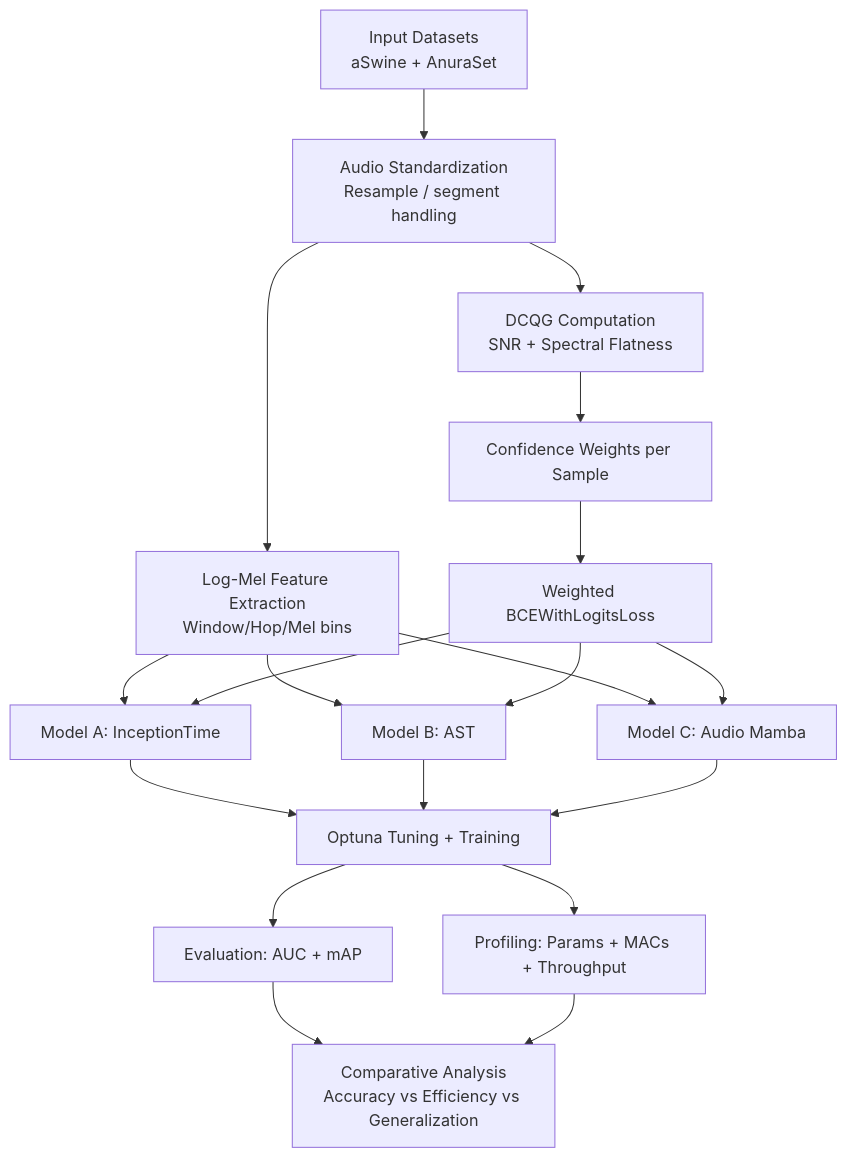
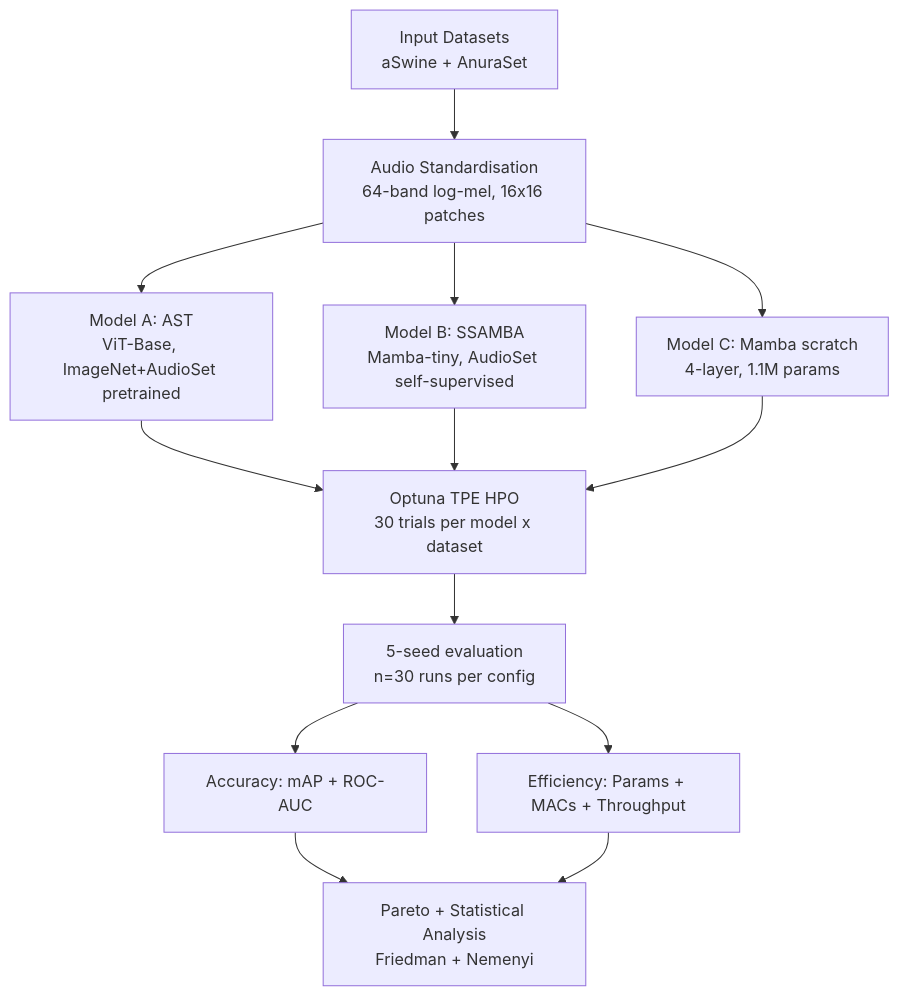
One commit to andremsouza/ssm-bioaed-iot changed the fourth of 6 diagrams in README.md. Above: the diagram before and after it, drawn with Mermaid. The commit also changed other lines of this file and 47 other files, not shown here.

First line of the commit message:
feat: add benchmarking and profiling workflow for model comparisons

````diff
--- a/README.md
+++ b/README.md
@@ -155,25 +80,18 @@
 ```mermaid
 flowchart TD
-  A[Input Datasets<br/>aSwine + AnuraSet] --> B[Audio Standardization<br/>Resample / segment handling]
-  B --> C[DCQG Computation<br/>SNR + Spectral Flatness]
-  C --> D[Confidence Weights per Sample]
-  B --> E[Log-Mel Feature Extraction\nWindow/Hop/Mel bins]
-  D --> F[Weighted BCEWithLogitsLoss]
+  A[Input Datasets</br>aSwine + AnuraSet] --> B[Audio Standardisation</br>64-band log-mel, 16x16 patches]
 
-  E --> G1[Model A: InceptionTime]
-  E --> G2[Model B: AST]
-  E --> G3[Model C: Audio Mamba]
+  B --> G1[Model A: AST</br>ViT-Base, ImageNet+AudioSet pretrained]
+  B --> G2[Model B: SSAMBA</br>Mamba-tiny, AudioSet self-supervised]
+  B --> G3[Model C: Mamba scratch</br>4-layer, 1.1M params]
 
-  F --> G1
-  F --> G2
-  F --> G3
-
-  G1 --> H[Optuna Tuning + Training]
+  G1 --> H[Optuna TPE HPO</br>30 trials per model x dataset]
   G2 --> H
   G3 --> H
 
-  H --> I[Evaluation: AUC + mAP]
-  H --> J[Profiling: Params + MACs + Throughput]
-  I --> K[Comparative Analysis\nAccuracy vs Efficiency vs Generalization]
-  J --> K
+  H --> I[5-seed evaluation</br>n=30 runs per config]
+  I --> J1[Accuracy: mAP + ROC-AUC]
+  I --> J2[Efficiency: Params + MACs + Throughput]
+  J1 --> K[Pareto + Statistical Analysis</br>Friedman + Nemenyi]
+  J2 --> K
 ```
````
